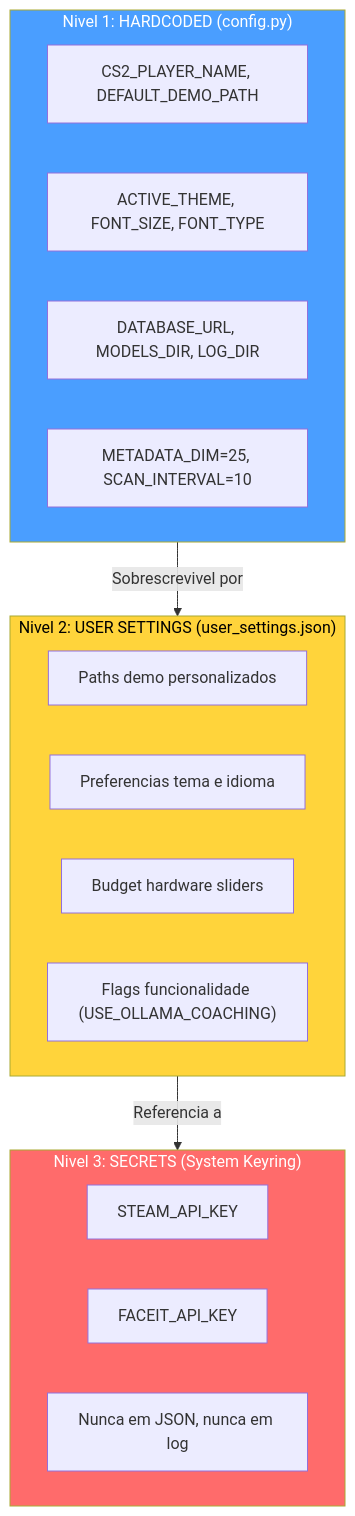
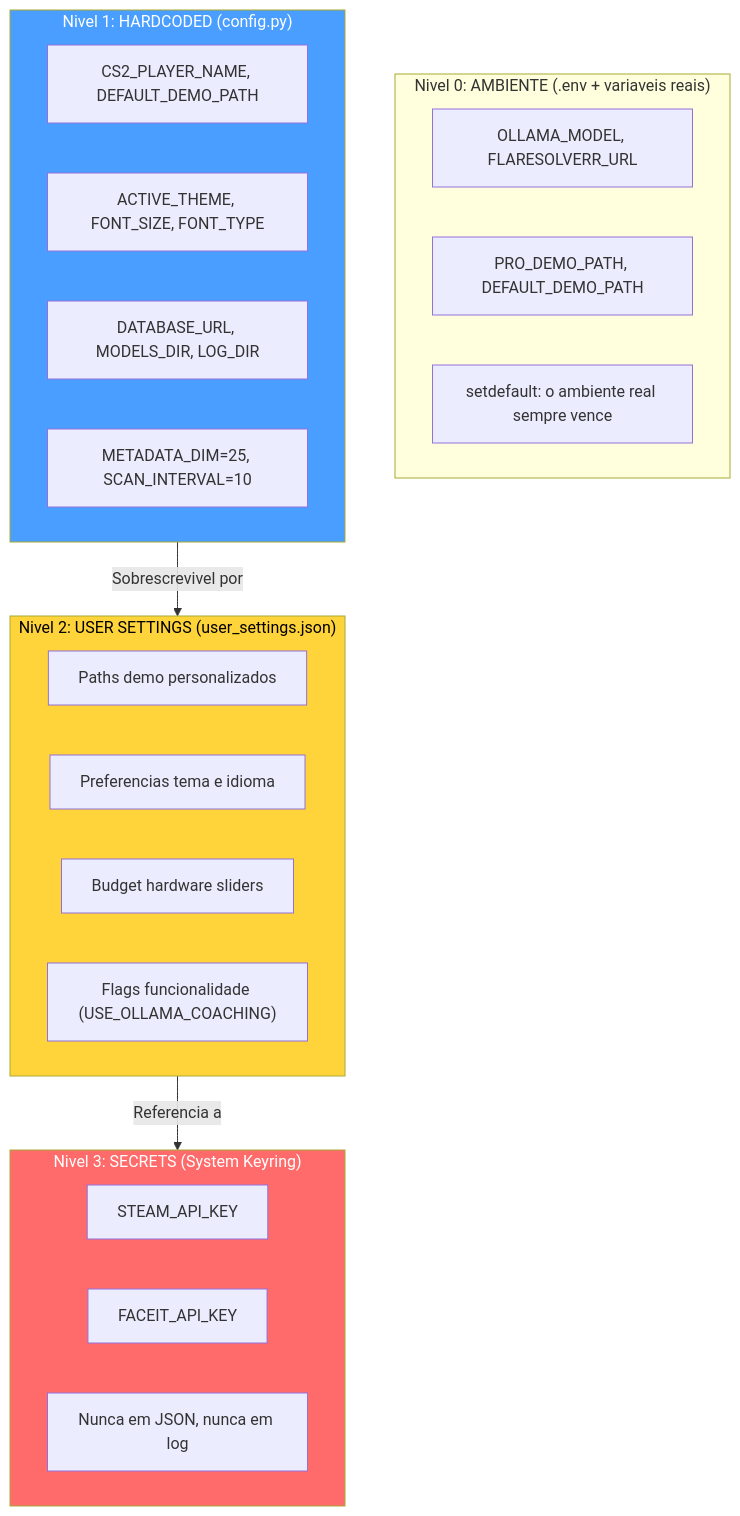
Before and after one commit to renanaugustomacena-ux/Counter-Strike-coach-AI: diagram 11 of 52 in docs/books/Book-Coach-3-pt.md, drawn with Mermaid. The commit also changed other lines of this file and 36 other files, not shown here.

````diff
--- a/docs/books/Book-Coach-3-pt.md
+++ b/docs/books/Book-Coach-3-pt.md
@@ -699,25 +707,30 @@
 ```mermaid
 flowchart TB
+    subgraph L0["Nivel 0: AMBIENTE (.env + variaveis reais)"]
+        EV1["OLLAMA_MODEL, FLARESOLVERR_URL"]
+        EV2["PRO_DEMO_PATH, DEFAULT_DEMO_PATH"]
+        EV3["setdefault: o ambiente real sempre vence"]
+    end
     subgraph L1["Nivel 1: HARDCODED (config.py)"]
         HC1["CS2_PLAYER_NAME, DEFAULT_DEMO_PATH"]
         HC2["ACTIVE_THEME, FONT_SIZE, FONT_TYPE"]
         HC3["DATABASE_URL, MODELS_DIR, LOG_DIR"]
         HC4["METADATA_DIM=25, SCAN_INTERVAL=10"]
     end
     subgraph L2["Nivel 2: USER SETTINGS (user_settings.json)"]
         US1["Paths demo personalizados"]
         US2["Preferencias tema e idioma"]
         US3["Budget hardware sliders"]
         US4["Flags funcionalidade (USE_OLLAMA_COACHING)"]
     end
     subgraph L3["Nivel 3: SECRETS (System Keyring)"]
         SK1["STEAM_API_KEY"]
         SK2["FACEIT_API_KEY"]
         SK3["Nunca em JSON, nunca em log"]
     end
     L1 -->|"Sobrescrevivel por"| L2
     L2 -->|"Referencia a"| L3
     style L1 fill:#4a9eff,color:#fff
     style L2 fill:#ffd43b,color:#000
     style L3 fill:#ff6b6b,color:#fff
 ```
````
